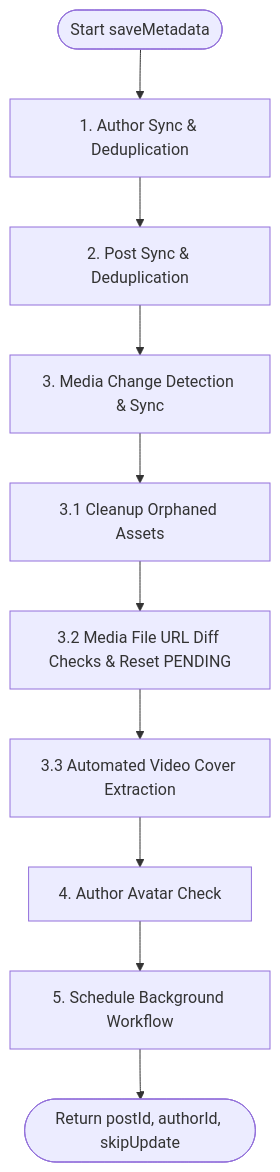
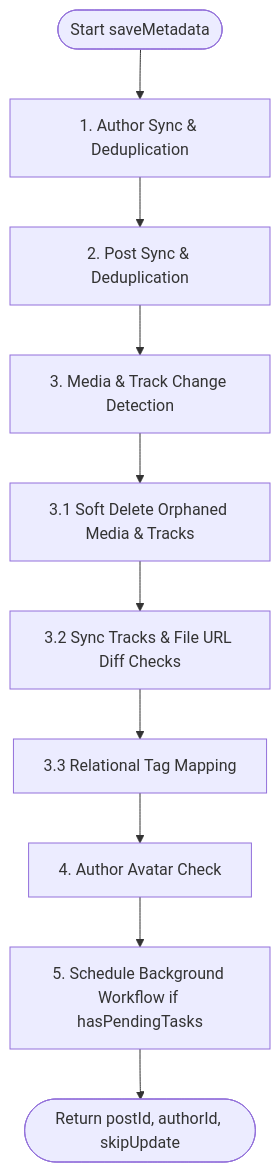
Before and after one commit to stariverr/stationary: the diagram in docs/save_metadata_flow.md, drawn with Mermaid. The commit also changed other lines of this file and 9 other files, not shown here.

````diff
--- a/docs/save_metadata_flow.md
+++ b/docs/save_metadata_flow.md
@@ -19,12 +19,12 @@
 ```mermaid
 graph TD
     Start([Start saveMetadata]) --> Step1[1. Author Sync & Deduplication]
     Step1 --> Step2[2. Post Sync & Deduplication]
-    Step2 --> Step3[3. Media Change Detection & Sync]
-    Step3 --> Step3_1[3.1 Cleanup Orphaned Assets]
-    Step3_1 --> Step3_2[3.2 Media File URL Diff Checks & Reset PENDING]
-    Step3_2 --> Step3_3[3.3 Automated Video Cover Extraction]
+    Step2 --> Step3[3. Media & Track Change Detection]
+    Step3 --> Step3_1[3.1 Soft Delete Orphaned Media & Tracks]
+    Step3_1 --> Step3_2[3.2 Sync Tracks & File URL Diff Checks]
+    Step3_2 --> Step3_3[3.3 Relational Tag Mapping]
     Step3_3 --> Step4[4. Author Avatar Check]
-    Step4 --> Step5[5. Schedule Background Workflow]
+    Step4 --> Step5[5. Schedule Background Workflow if hasPendingTasks]
     Step5 --> End([Return postId, authorId, skipUpdate])
 ```
````
